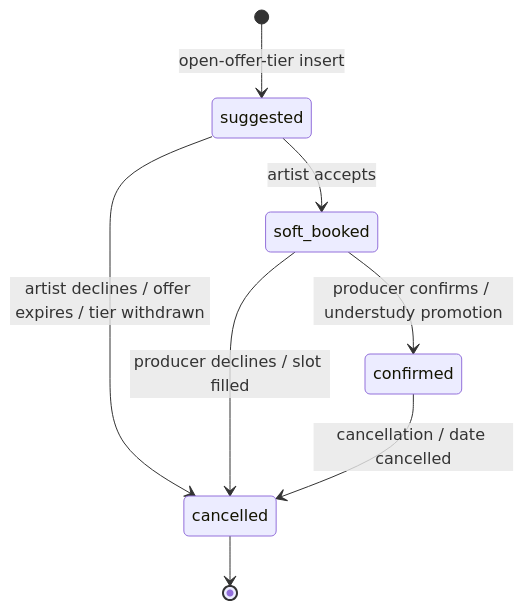
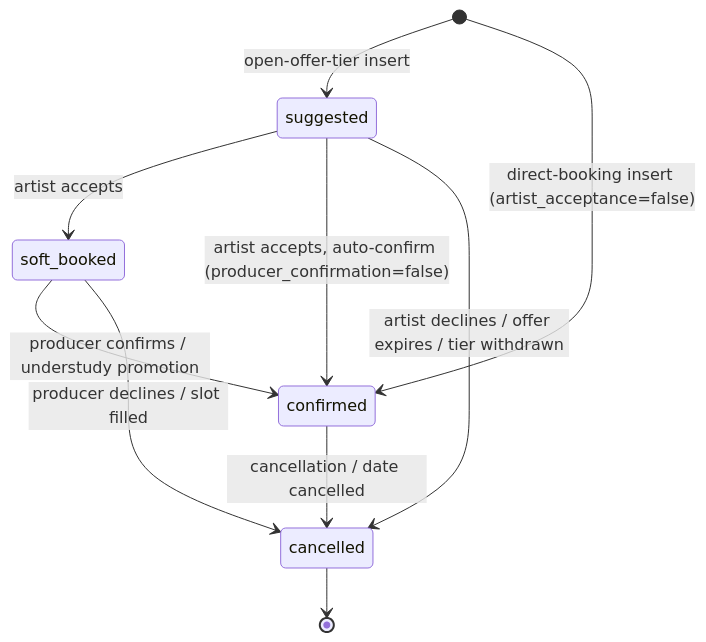
The first of 3 diagrams in docs/system-map.md (stefangth/showflow-pro), drawn with Mermaid before and after one commit. The commit also changed other lines of this file and 2 other files, not shown here.

Commit message:
document booking flow automations in system map

````diff
--- a/docs/system-map.md
+++ b/docs/system-map.md
@@ -156,10 +157,12 @@
 ```mermaid
 stateDiagram-v2
     [*] --> suggested: open-offer-tier insert
+    [*] --> confirmed: direct-booking insert (artist_acceptance=false)
     suggested --> soft_booked: artist accepts
+    suggested --> confirmed: artist accepts, auto-confirm (producer_confirmation=false)
     suggested --> cancelled: artist declines / offer expires / tier withdrawn
     soft_booked --> confirmed: producer confirms / understudy promotion
     soft_booked --> cancelled: producer declines / slot filled
     confirmed --> cancelled: cancellation / date cancelled
     cancelled --> [*]
 ```
````
